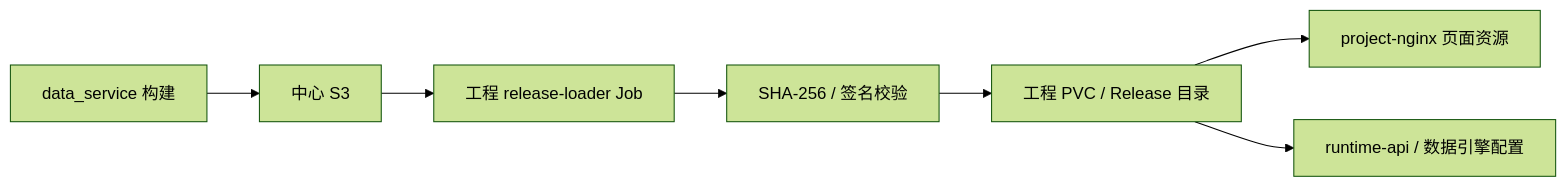
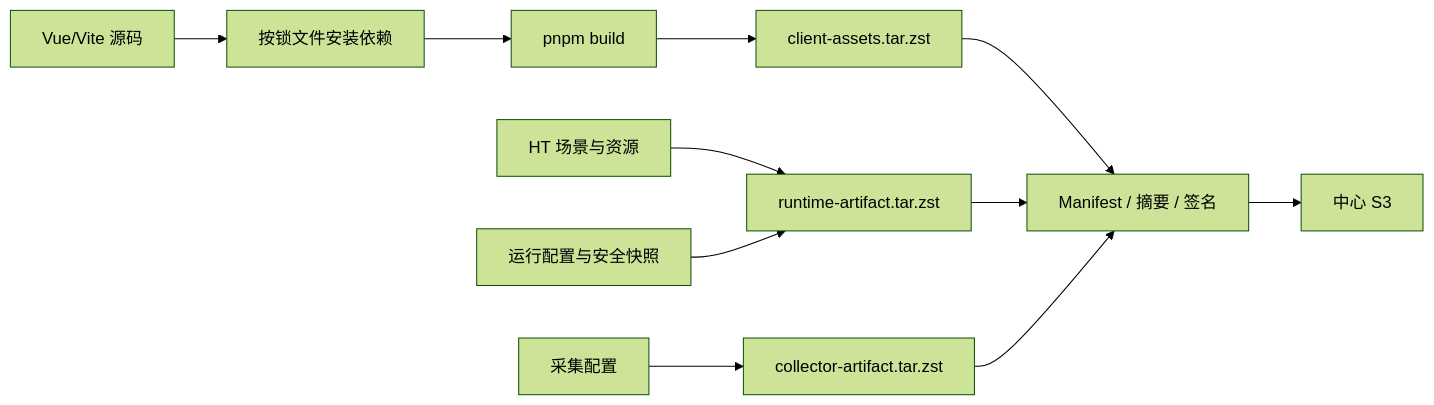
One commit to hsworld-top/InduForge changed the first of 3 diagrams in docs/02-系统设计/工程发布与资源分发架构.md. Above: the diagram before and after it, drawn with Mermaid (forest theme). The commit also changed other lines of this file and 110 other files, not shown here.

````diff
--- a/docs/02-系统设计/工程发布与资源分发架构.md
+++ b/docs/02-系统设计/工程发布与资源分发架构.md
@@ -25,9 +37,13 @@
 ```mermaid
 graph LR
-    Build["data_service 构建"] --> S3["中心 S3"]
-    S3 --> Loader["工程 release-loader Job"]
-    Loader --> Verify["SHA-256 / 签名校验"]
-    Verify --> PVC["工程 PVC / Release 目录"]
-    PVC --> Nginx["project-nginx 页面资源"]
-    PVC --> API["runtime-api / 数据引擎配置"]
+    Source["Vue/Vite 源码"] --> Install["按锁文件安装依赖"]
+    Install --> Frontend["pnpm build"]
+    Frontend --> Client["client-assets.tar.zst"]
+    Scene["HT 场景与资源"] --> Runtime["runtime-artifact.tar.zst"]
+    Data["运行配置与安全快照"] --> Runtime
+    Collector["采集配置"] --> CollectorArtifact["collector-artifact.tar.zst"]
+    Client --> Manifest["Manifest / 摘要 / 签名"]
+    Runtime --> Manifest
+    CollectorArtifact --> Manifest
+    Manifest --> S3["中心 S3"]
 ```
````
